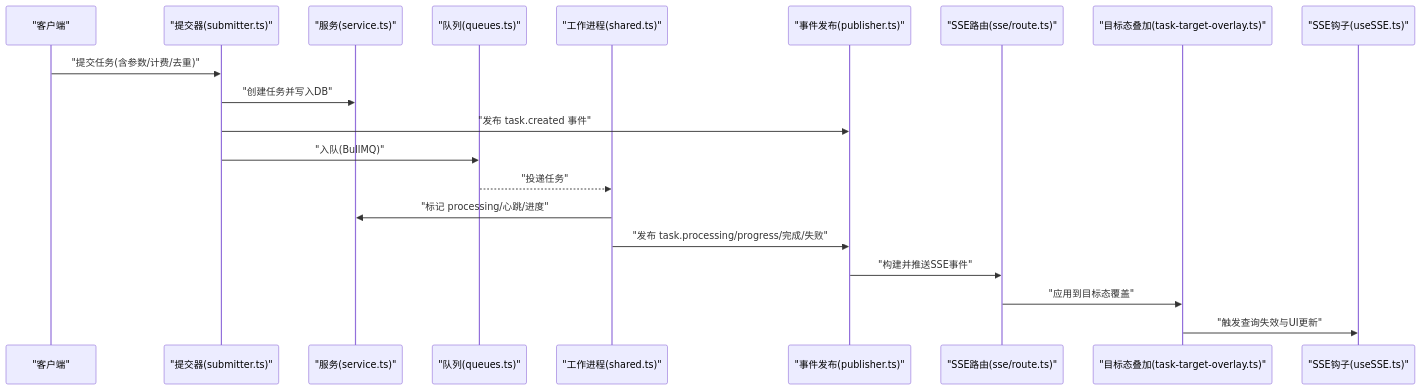
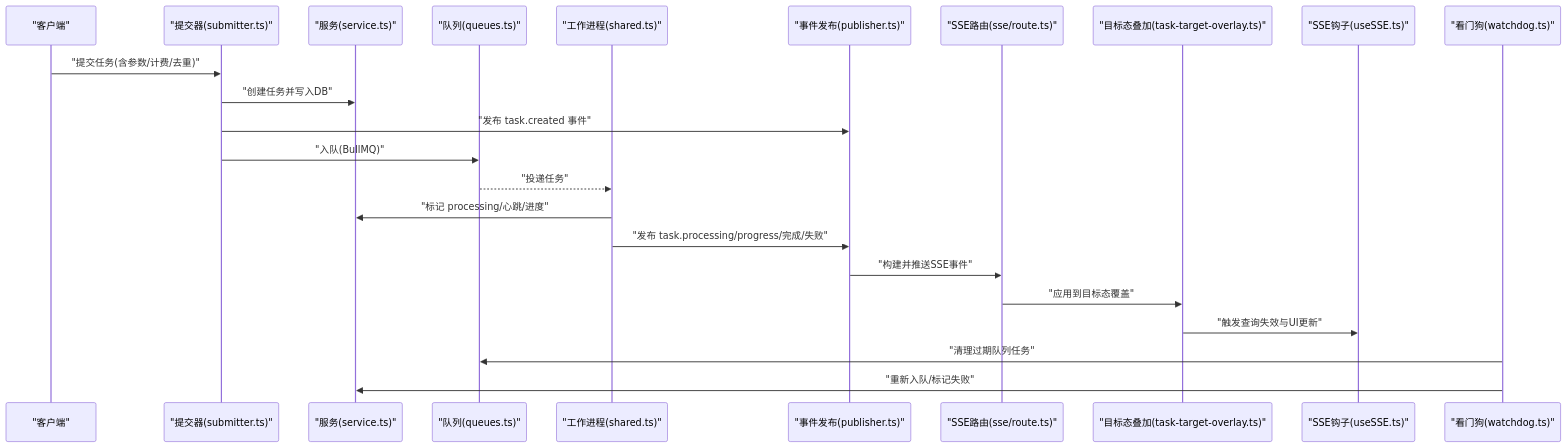
One commit to lyl2021/waoowaoo changed the second of 7 diagrams in .qoder/repowiki/zh/content/任务队列系统/任务调度/任务生命周期管理.md. Above: the diagram before and after it, drawn with Mermaid. The commit also changed other lines of this file and 15 other files, not shown here.

````diff
--- a/.qoder/repowiki/zh/content/任务队列系统/任务调度/任务生命周期管理.md
+++ b/.qoder/repowiki/zh/content/任务队列系统/任务调度/任务生命周期管理.md
@@ -143,22 +160,25 @@
 ```mermaid
 sequenceDiagram
 participant Client as "客户端"
 participant Submitter as "提交器(submitter.ts)"
 participant Service as "服务(service.ts)"
 participant Queue as "队列(queues.ts)"
 participant Worker as "工作进程(shared.ts)"
 participant Publisher as "事件发布(publisher.ts)"
 participant SSE as "SSE路由(sse/route.ts)"
 participant Overlay as "目标态叠加(task-target-overlay.ts)"
 participant Hook as "SSE钩子(useSSE.ts)"
+participant Watchdog as "看门狗(watchdog.ts)"
 Client->>Submitter : "提交任务(含参数/计费/去重)"
 Submitter->>Service : "创建任务并写入DB"
 Submitter->>Publisher : "发布 task.created 事件"
 Submitter->>Queue : "入队(BullMQ)"
 Queue-->>Worker : "投递任务"
 Worker->>Service : "标记 processing/心跳/进度"
 Worker->>Publisher : "发布 task.processing/progress/完成/失败"
 Publisher->>SSE : "构建并推送SSE事件"
 SSE->>Overlay : "应用到目标态覆盖"
 Overlay->>Hook : "触发查询失效与UI更新"
+Watchdog->>Queue : "清理过期队列任务"
+Watchdog->>Service : "重新入队/标记失败"
 ```
````
